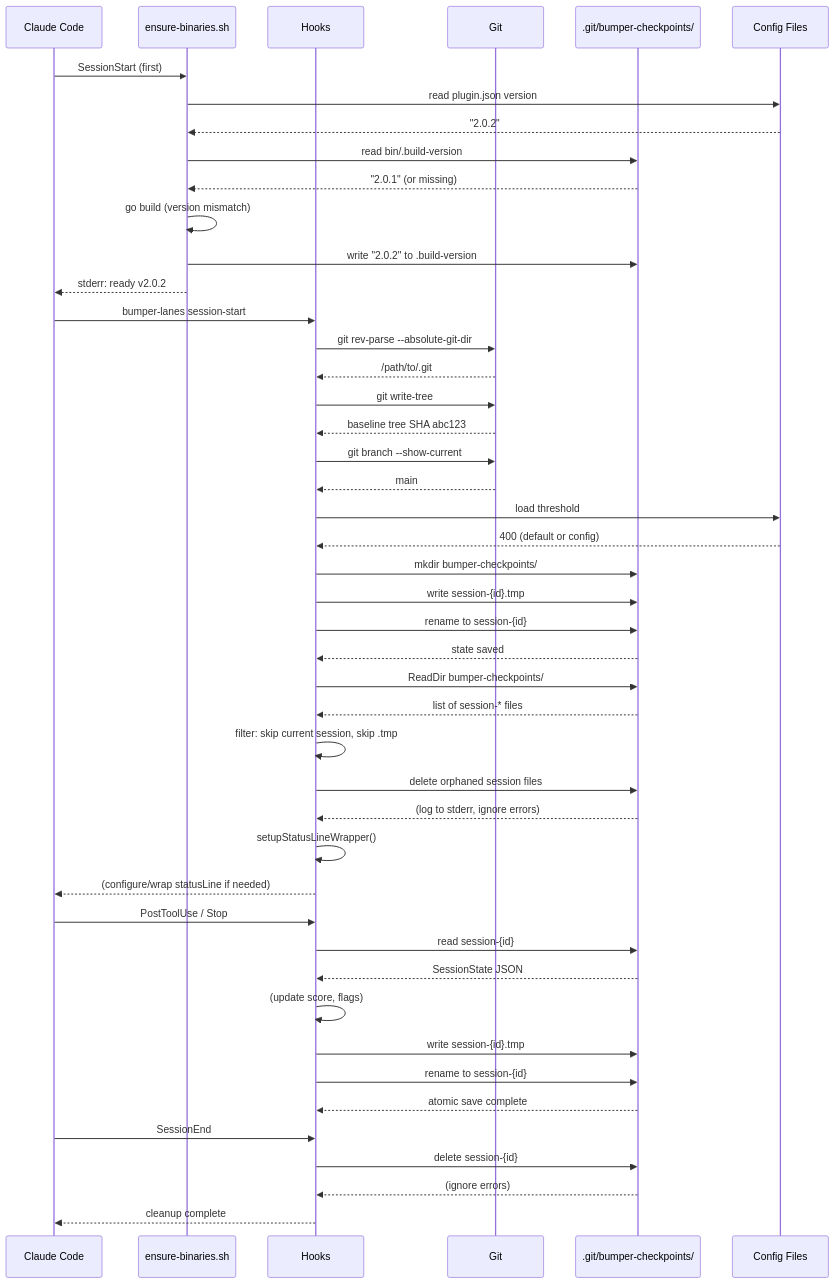
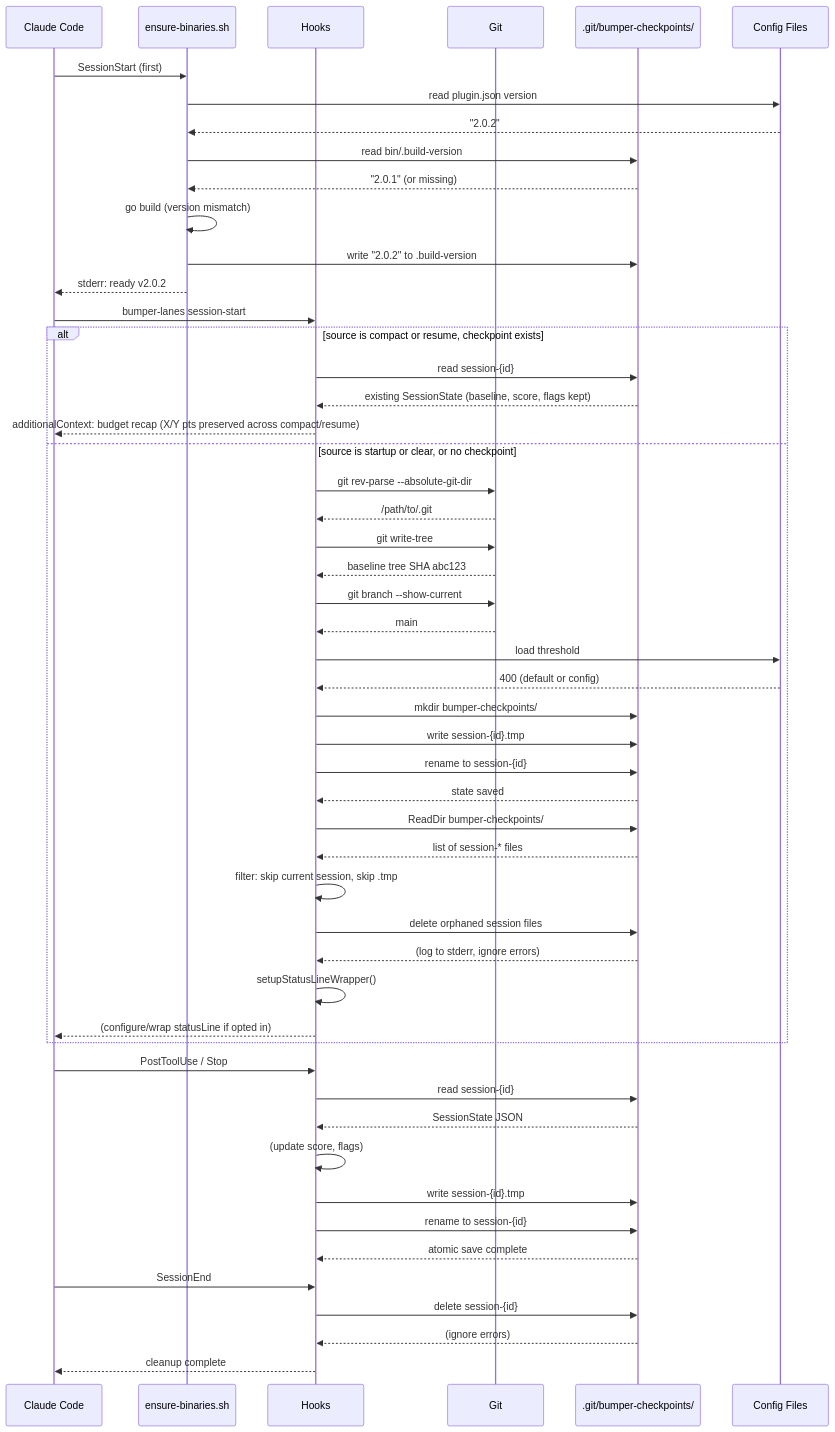
One commit to kylesnowschwartz/claude-bumper-lanes changed the diagram in docs/session-lifecycle-sequence.mmd. Above: the diagram before and after it, drawn with Mermaid. The commit also changed 8 other files, not shown here.

Commit message:
feat: preserve budget across compaction/resume, inject budget context via additionalContext

```diff
--- a/docs/session-lifecycle-sequence.mmd
+++ b/docs/session-lifecycle-sequence.mmd
@@ -1,116 +1,123 @@
 %% Session Lifecycle: Checkpoint creation, updates, and cleanup
 %% Render: cat session-lifecycle-sequence.mmd | mermaid-ascii -f -
 %% Focus: State persistence in .git/bumper-checkpoints/
 
 sequenceDiagram
     participant CC as Claude Code
     participant Bin as ensure-binaries.sh
     participant Hook as Hooks
     participant Git
     participant FS as .git/bumper-checkpoints/
     participant Cfg as Config Files
 
     %% === BINARY VERSION CHECK (ensure-binaries.sh) ===
     CC->>Bin: SessionStart (first)
     Bin->>Cfg: read plugin.json version
     Cfg-->>Bin: "2.0.2"
     Bin->>FS: read bin/.build-version
     FS-->>Bin: "2.0.1" (or missing)
     Bin->>Bin: go build (version mismatch)
     Bin->>FS: write "2.0.2" to .build-version
     Bin-->>CC: stderr: ready v2.0.2
 
     %% === SESSION START ===
     CC->>Hook: bumper-lanes session-start
-    Hook->>Git: git rev-parse --absolute-git-dir
-    Git-->>Hook: /path/to/.git
-    Hook->>Git: git write-tree
-    Git-->>Hook: baseline tree SHA abc123
-    Hook->>Git: git branch --show-current
-    Git-->>Hook: main
-    Hook->>Cfg: load threshold
-    Cfg-->>Hook: 400 (default or config)
+    alt source is compact or resume, checkpoint exists
+        %% Compaction/resume reuse the session id - preserve the budget
+        Hook->>FS: read session-{id}
+        FS-->>Hook: existing SessionState (baseline, score, flags kept)
+        Hook-->>CC: additionalContext: budget recap (X/Y pts preserved across compact/resume)
+    else source is startup or clear, or no checkpoint
+        Hook->>Git: git rev-parse --absolute-git-dir
+        Git-->>Hook: /path/to/.git
+        Hook->>Git: git write-tree
+        Git-->>Hook: baseline tree SHA abc123
+        Hook->>Git: git branch --show-current
+        Git-->>Hook: main
+        Hook->>Cfg: load threshold
+        Cfg-->>Hook: 400 (default or config)
 
-    %% Create checkpoint directory and state file
-    Hook->>FS: mkdir bumper-checkpoints/
-    Hook->>FS: write session-{id}.tmp
-    Hook->>FS: rename to session-{id}
-    FS-->>Hook: state saved
+        %% Create checkpoint directory and state file
+        Hook->>FS: mkdir bumper-checkpoints/
+        Hook->>FS: write session-{id}.tmp
+        Hook->>FS: rename to session-{id}
+        FS-->>Hook: state saved
 
-    %% Cleanup orphaned checkpoints from crashed sessions
-    Hook->>FS: ReadDir bumper-checkpoints/
-    FS-->>Hook: list of session-* files
-    Hook->>Hook: filter: skip current session, skip .tmp
-    Hook->>FS: delete orphaned session files
-    FS-->>Hook: (log to stderr, ignore errors)
+        %% Cleanup orphaned checkpoints from crashed sessions
+        Hook->>FS: ReadDir bumper-checkpoints/
+        FS-->>Hook: list of session-* files
+        Hook->>Hook: filter: skip current session, skip .tmp
+        Hook->>FS: delete orphaned session files
+        FS-->>Hook: (log to stderr, ignore errors)
 
-    %% Idempotent auto-setup check
-    Hook->>Hook: setupStatusLineWrapper()
-    Hook-->>CC: (configure/wrap statusLine if needed)
+        %% Status line setup only when statusline_auto_setup=true (opt-in)
+        Hook->>Hook: setupStatusLineWrapper()
+        Hook-->>CC: (configure/wrap statusLine if opted in)
+    end
 
     %% === DURING SESSION (each hook call) ===
     CC->>Hook: PostToolUse / Stop
     Hook->>FS: read session-{id}
     FS-->>Hook: SessionState JSON
     Hook->>Hook: (update score, flags)
     Hook->>FS: write session-{id}.tmp
     Hook->>FS: rename to session-{id}
     FS-->>Hook: atomic save complete
 
     %% === SESSION END ===
     CC->>Hook: SessionEnd
     Hook->>FS: delete session-{id}
     FS-->>Hook: (ignore errors)
     Hook-->>CC: cleanup complete
 
 %% ============================================================
 %% VALIDATION REFERENCES
 %% ============================================================
 %% - ensure-binaries.sh: scripts/ensure-binaries.sh (version sentinel)
 %% - SessionStart: internal/hooks/session_start.go:29-77
 %% - setupStatusLineWrapper: internal/hooks/session_start.go:122-196
 %% - State New(): internal/state/session.go:136-154
 %% - State Save(): internal/state/session.go:93-134 (atomic write)
 %% - State Load(): internal/state/session.go:69-89
 %% - State Delete(): internal/state/session.go:157-163
 %% - CleanupOrphaned(): internal/state/session.go:214-257
 %% - SessionEnd: internal/hooks/session_end.go:9-13
 %% - Checkpoint dir: internal/state/session.go:38-46
 %%
 %% STATE FILE LOCATION
 %% Path: {git-dir}/bumper-checkpoints/session-{session_id}
 %% - Uses --absolute-git-dir for worktree support
 %% - Each worktree gets isolated checkpoints
 %%
 %% STATE FILE CONTENTS (JSON)
 %% {
 %%   "session_id": "abc123",
 %%   "baseline_tree": "def456",
 %%   "baseline_branch": "main",
 %%   "score": 125,
 %%   "threshold_limit": 400,
 %%   "stop_triggered": false,
 %%   "paused": false,
 %%   "view_mode": "tree",
 %%   "view_opts": "--width 80",
 %%   "created_at": "2024-01-15T10:30:00Z",
 %%   "repo_path": "/path/to/repo"
 %% }
 %%
 %% ATOMIC WRITES
 %% 1. Write to session-{id}.tmp
 %% 2. Rename to session-{id}
 %% Prevents race conditions between parallel hooks
 %%
 %% VERSION SENTINEL
 %% Path: bin/.build-version
 %% - Contains plugin version that binaries were built for
 %% - Compared against .claude-plugin/plugin.json on SessionStart
 %% - Triggers rebuild on version mismatch (plugin update scenario)
 %% - Fast path (~33ms) when version matches and binaries exist
 %%
 %% NOTES
 %% 1. State read/write on every hook call (I/O overhead - acceptable)
 %% 2. Orphaned checkpoints cleaned on SessionStart (CleanupOrphaned)
 %% 3. Temp files skipped during cleanup (may be in-progress writes)
 %% 4. No state versioning needed - sessions are ephemeral
```
